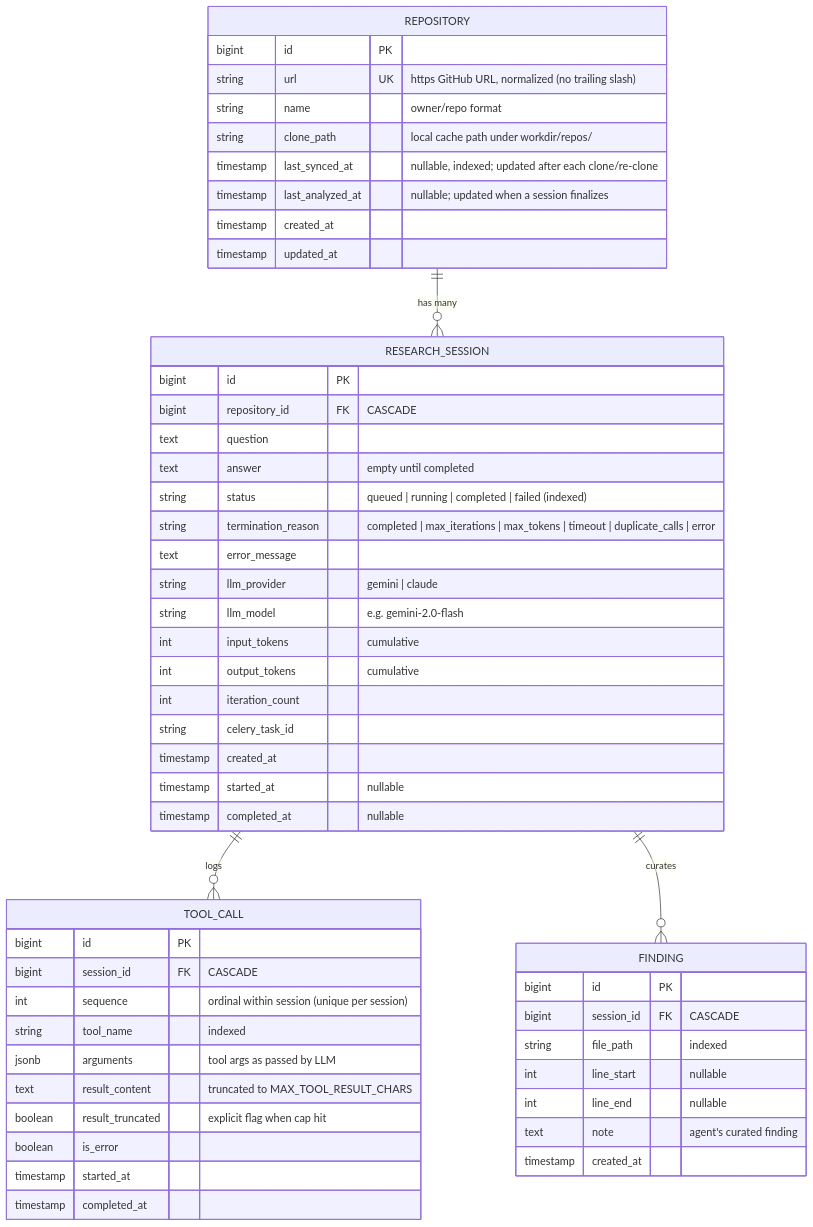
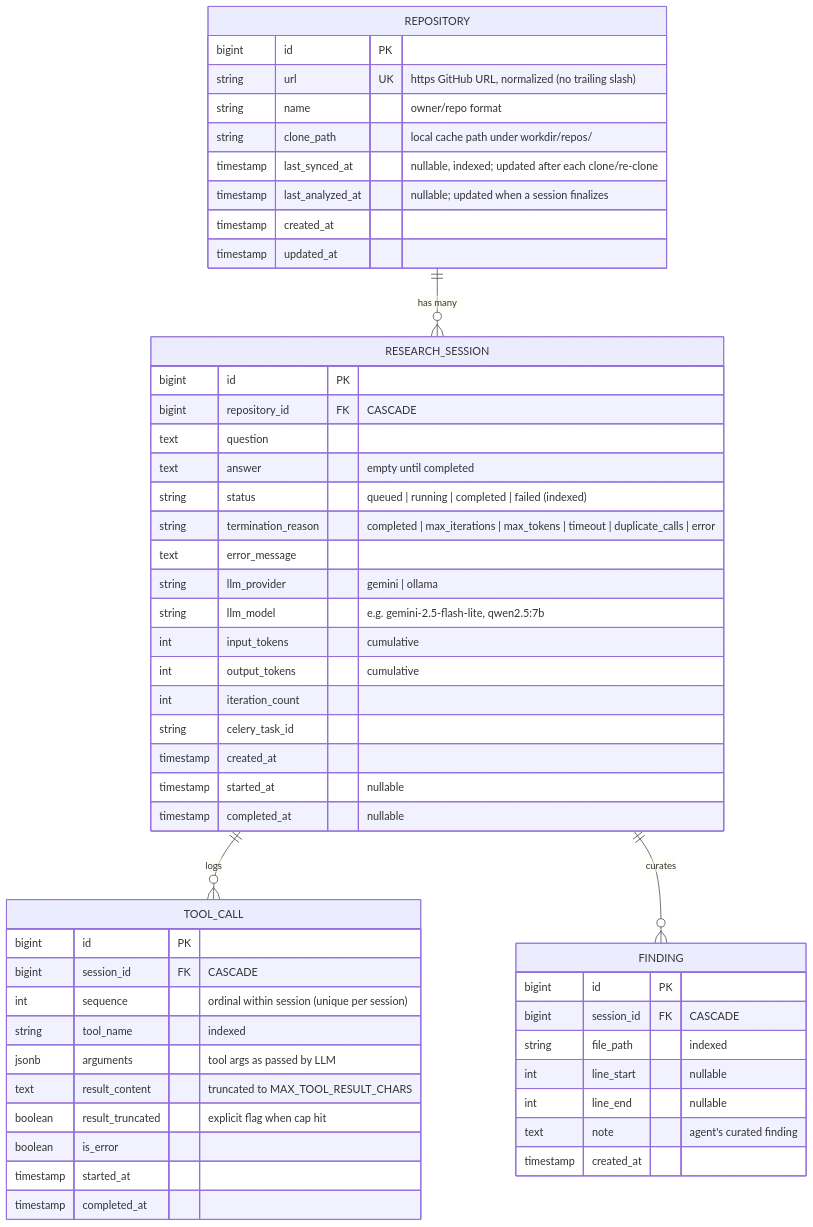
Before and after one commit to ronygomes/codebase-research-agent: the diagram in ERD.md, drawn with Mermaid. The commit also changed 4 other files, not shown here.

````diff
--- a/ERD.md
+++ b/ERD.md
@@ -3,59 +3,59 @@
 ```mermaid
 erDiagram
     REPOSITORY ||--o{ RESEARCH_SESSION : "has many"
     RESEARCH_SESSION ||--o{ TOOL_CALL : "logs"
     RESEARCH_SESSION ||--o{ FINDING : "curates"
 
     REPOSITORY {
         bigint id PK
         string url UK "https GitHub URL, normalized (no trailing slash)"
         string name "owner/repo format"
         string clone_path "local cache path under workdir/repos/"
         timestamp last_synced_at "nullable, indexed; updated after each clone/re-clone"
         timestamp last_analyzed_at "nullable; updated when a session finalizes"
         timestamp created_at
         timestamp updated_at
     }
 
     RESEARCH_SESSION {
         bigint id PK
         bigint repository_id FK "CASCADE"
         text question
         text answer "empty until completed"
         string status "queued | running | completed | failed (indexed)"
         string termination_reason "completed | max_iterations | max_tokens | timeout | duplicate_calls | error"
         text error_message
-        string llm_provider "gemini | claude"
-        string llm_model "e.g. gemini-2.0-flash"
+        string llm_provider "gemini | ollama"
+        string llm_model "e.g. gemini-2.5-flash-lite, qwen2.5:7b"
         int input_tokens "cumulative"
         int output_tokens "cumulative"
         int iteration_count
         string celery_task_id
         timestamp created_at
         timestamp started_at "nullable"
         timestamp completed_at "nullable"
     }
 
     TOOL_CALL {
         bigint id PK
         bigint session_id FK "CASCADE"
         int sequence "ordinal within session (unique per session)"
         string tool_name "indexed"
         jsonb arguments "tool args as passed by LLM"
         text result_content "truncated to MAX_TOOL_RESULT_CHARS"
         boolean result_truncated "explicit flag when cap hit"
         boolean is_error
         timestamp started_at
         timestamp completed_at
     }
 
     FINDING {
         bigint id PK
         bigint session_id FK "CASCADE"
         string file_path "indexed"
         int line_start "nullable"
         int line_end "nullable"
         text note "agent's curated finding"
         timestamp created_at
     }
 ```
````
